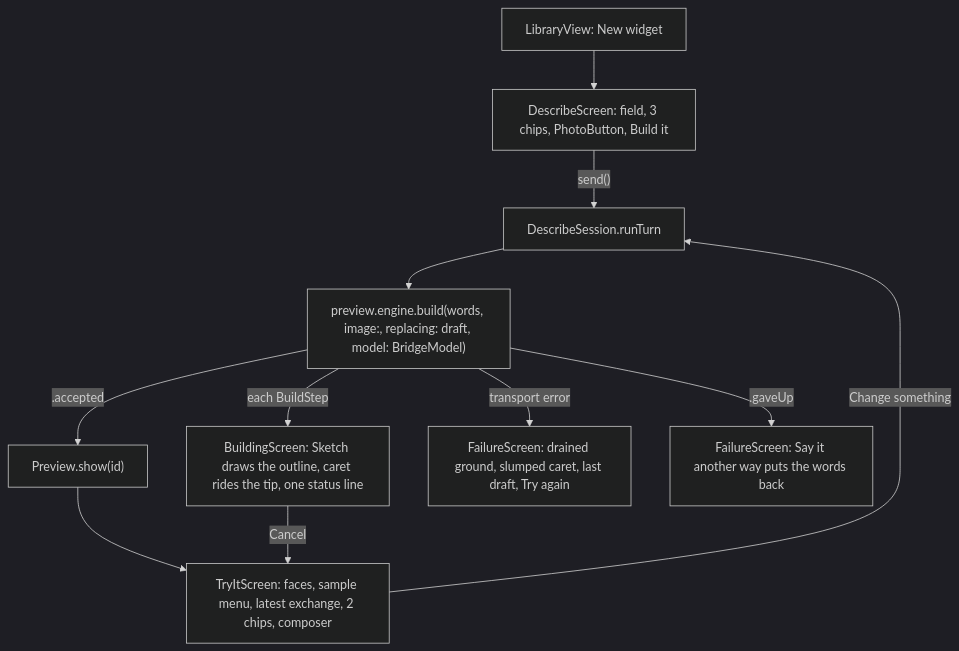
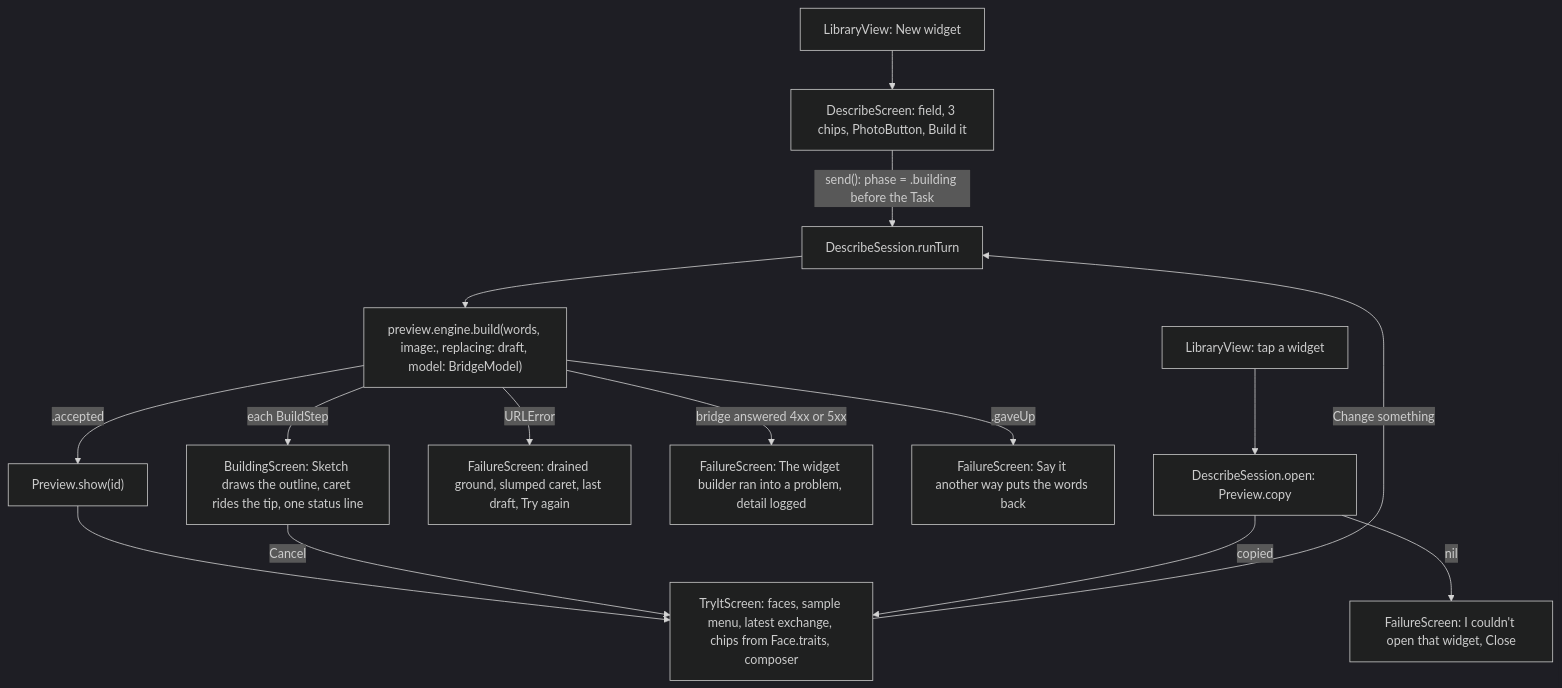
Before and after one commit to Krutik460/Widgie: the first of 3 diagrams in docs/pr/8-phase-2-p5-describe.md, drawn with Mermaid (dark theme). The commit also changed other lines of this file and 1 other file, not shown here.

````diff
--- a/docs/pr/8-phase-2-p5-describe.md
+++ b/docs/pr/8-phase-2-p5-describe.md
@@ -17,12 +19,16 @@
 ```mermaid
 flowchart TD
   L["LibraryView: New widget"] --> DS["DescribeScreen: field, 3 chips, PhotoButton, Build it"]
-  DS -->|"send()"| RT["DescribeSession.runTurn"]
+  DS -->|"send(): phase = .building before the Task"| RT["DescribeSession.runTurn"]
   RT --> LP["preview.engine.build(words, image:, replacing: draft, model: BridgeModel)"]
   LP -->|"each BuildStep"| BS["BuildingScreen: Sketch draws the outline, caret rides the tip, one status line"]
-  LP -->|".accepted"| SH["Preview.show(id)"] --> TI["TryItScreen: faces, sample menu, latest exchange, 2 chips, composer"]
-  LP -->|"transport error"| FU["FailureScreen: drained ground, slumped caret, last draft, Try again"]
+  LP -->|".accepted"| SH["Preview.show(id)"] --> TI["TryItScreen: faces, sample menu, latest exchange, chips from Face.traits, composer"]
+  LP -->|"URLError"| FU["FailureScreen: drained ground, slumped caret, last draft, Try again"]
+  LP -->|"bridge answered 4xx or 5xx"| FR["FailureScreen: The widget builder ran into a problem, detail logged"]
   LP -->|".gaveUp"| FG["FailureScreen: Say it another way puts the words back"]
   BS -->|"Cancel"| TI
   TI -->|"Change something"| RT
+  LV["LibraryView: tap a widget"] --> OP["DescribeSession.open: Preview.copy"]
+  OP -->|"copied"| TI
+  OP -->|"nil"| FO["FailureScreen: I couldn't open that widget, Close"]
 ```
````
